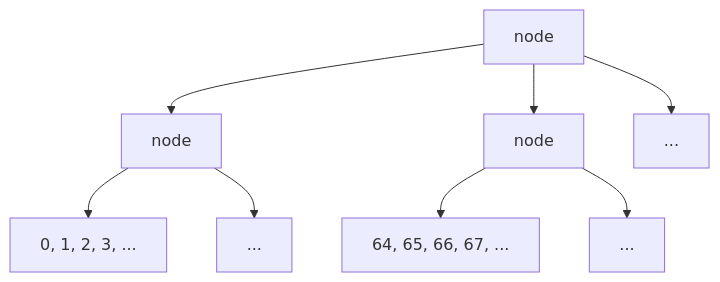
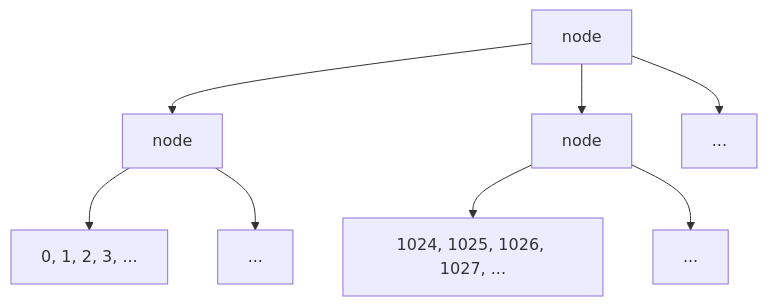
The diagram in slides/stak/vector/radix-tree.mmd (raviqqe/doc), drawn with Mermaid before and after one commit. The commit also changed 1 other file, not shown here.

```diff
--- a/slides/stak/vector/radix-tree.mmd
+++ b/slides/stak/vector/radix-tree.mmd
@@ -1,8 +1,8 @@
 flowchart TB
   n1[node] --> n2[node]
   n1 --> n3[node]
   n1 --> n4[...]
   n2 --> n5[0, 1, 2, 3, ...]
   n2 --> n6[...]
-  n3 --> n7[64, 65, 66, 67, ...]
+  n3 --> n7[1024, 1025, 1026, 1027, ...]
   n3 --> n8[...]
```
